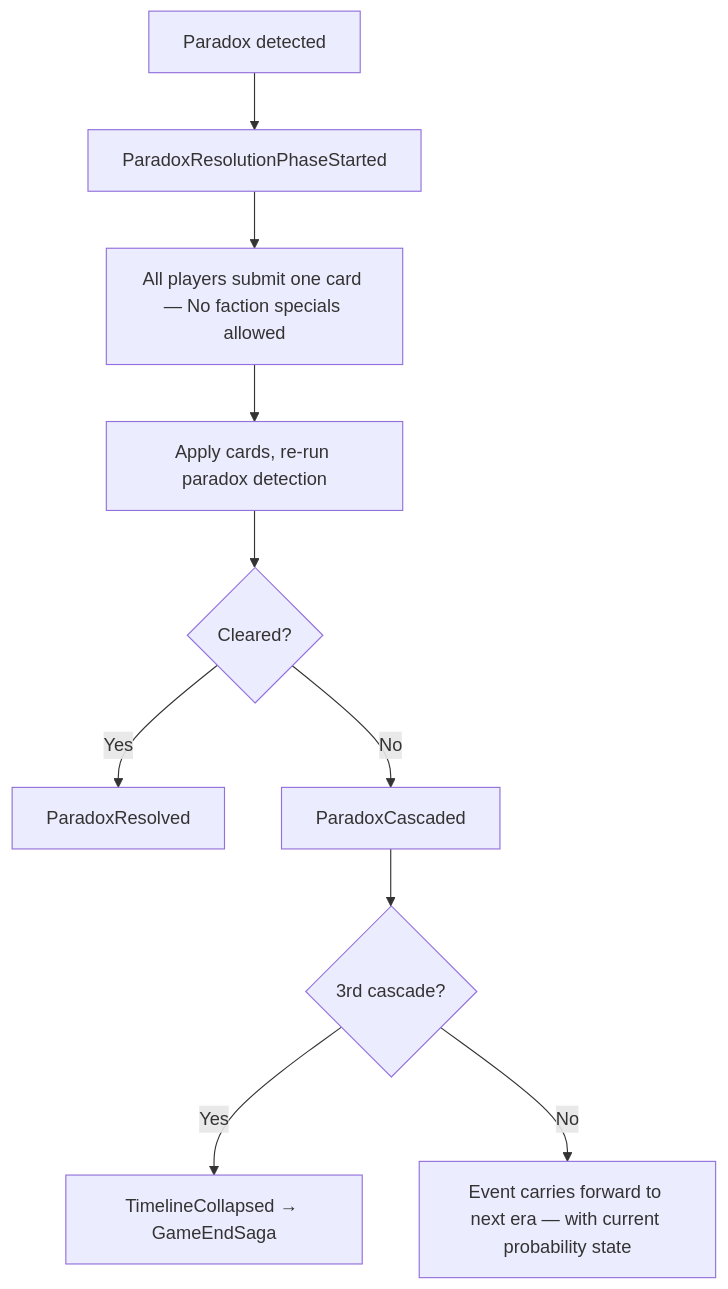
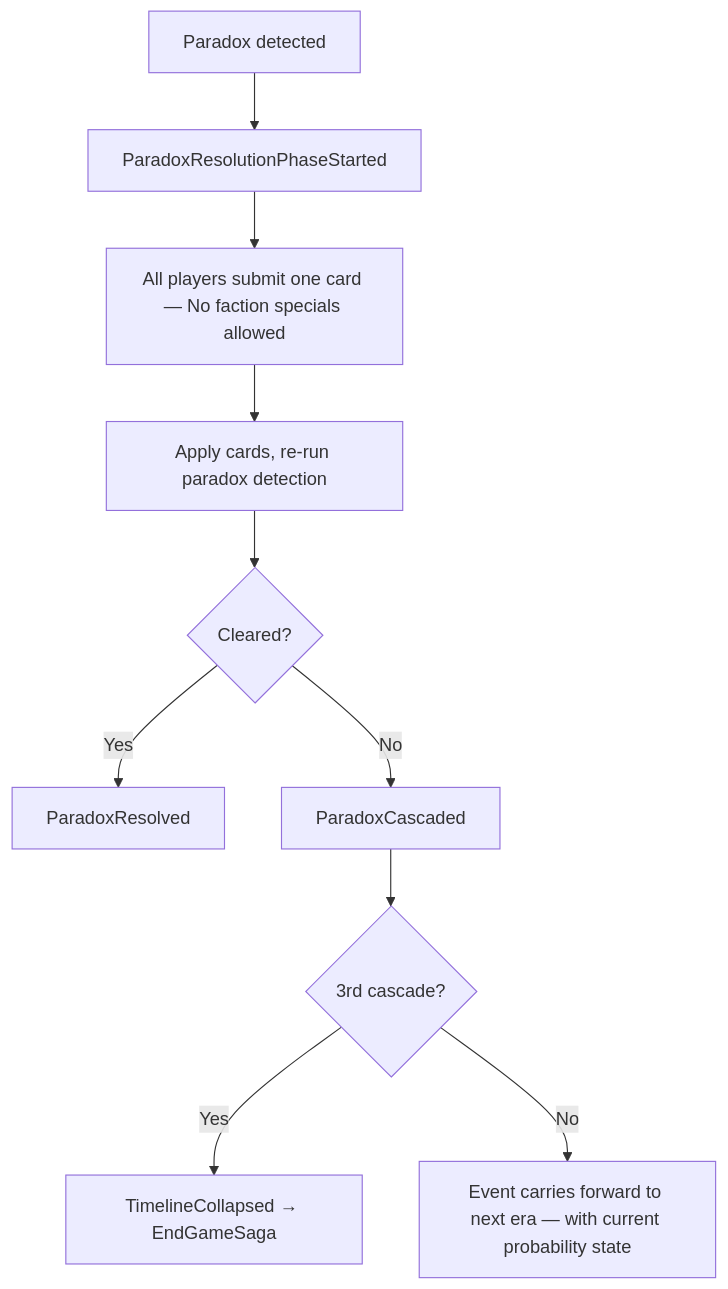
One commit to temporal-rift/docs changed the diagram in game-design/paradox.mdx. Above: the diagram before and after it, drawn with Mermaid. The commit also changed 16 other files, not shown here.

````diff
--- a/game-design/paradox.mdx
+++ b/game-design/paradox.mdx
@@ -20,12 +20,12 @@
 ```mermaid
 flowchart TD
   A[Paradox detected] --> B[ParadoxResolutionPhaseStarted]
   B --> C[All players submit one card — No faction specials allowed]
   C --> D[Apply cards, re-run paradox detection]
   D --> E{Cleared?}
   E -->|Yes| F[ParadoxResolved]
   E -->|No| G[ParadoxCascaded]
   G --> H{3rd cascade?}
-  H -->|Yes| I[TimelineCollapsed → GameEndSaga]
+  H -->|Yes| I[TimelineCollapsed → EndGameSaga]
   H -->|No| J[Event carries forward to next era — with current probability state]
 ```
````
